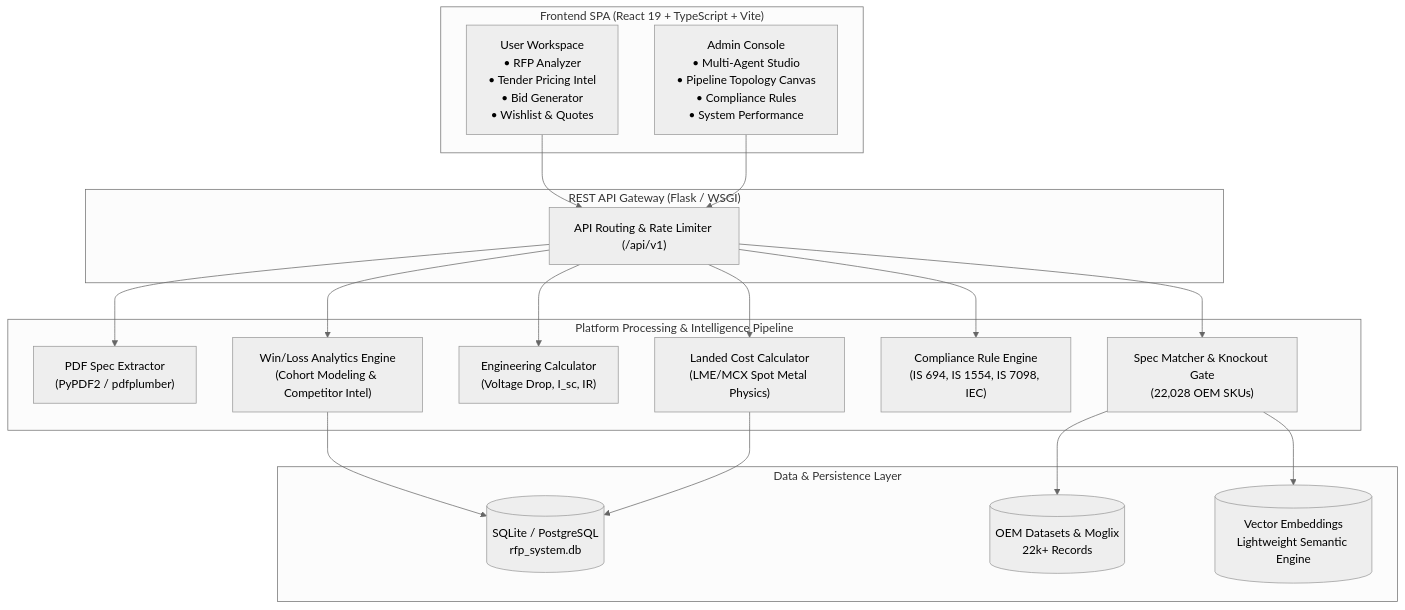
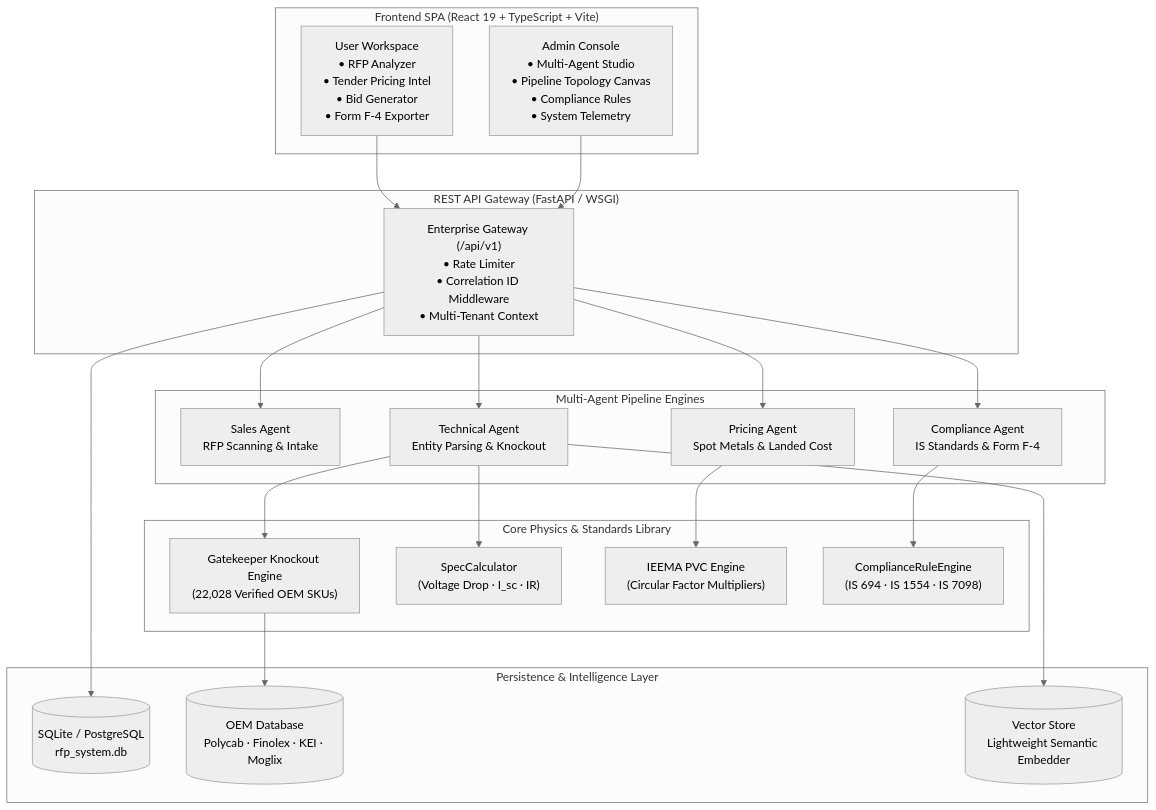
One commit to CodeWizardAn/rfp_haki changed the diagram in README.md. Above: the diagram before and after it, drawn with Mermaid (neutral theme). The commit also changed other lines of this file and 1 other file, not shown here.

Commit message:
style(docs): elevate README design to tier-1 standards inspired by BossConsole

````diff
--- a/README.md
+++ b/README.md
@@ -76,40 +147,41 @@
 ```mermaid
 flowchart TD
     subgraph Client["Frontend SPA (React 19 + TypeScript + Vite)"]
-        UI_User["User Workspace\n• RFP Analyzer\n• Tender Pricing Intel\n• Bid Generator\n• Wishlist & Quotes"]
-        UI_Admin["Admin Console\n• Multi-Agent Studio\n• Pipeline Topology Canvas\n• Compliance Rules\n• System Performance"]
+        UI_User["User Workspace\n• RFP Analyzer\n• Tender Pricing Intel\n• Bid Generator\n• Form F-4 Exporter"]
+        UI_Admin["Admin Console\n• Multi-Agent Studio\n• Pipeline Topology Canvas\n• Compliance Rules\n• System Telemetry"]
     end
 
-    subgraph API_Gateway["REST API Gateway (Flask / WSGI)"]
-        Router["API Routing & Rate Limiter (/api/v1)"]
+    subgraph Gateway["REST API Gateway (FastAPI / WSGI)"]
+        Router["Enterprise Gateway (/api/v1)\n• Rate Limiter\n• Correlation ID Middleware\n• Multi-Tenant Context"]
     end
 
-    subgraph Core_Engines["Platform Processing & Intelligence Pipeline"]
-        Extractor["PDF Spec Extractor\n(PyPDF2 / pdfplumber)"]
-        Matcher["Spec Matcher & Knockout Gate\n(22,028 OEM SKUs)"]
-        Calculator["Engineering Calculator\n(Voltage Drop, I_sc, IR)"]
-        Pricing["Landed Cost Calculator\n(LME/MCX Spot Metal Physics)"]
-        Compliance["Compliance Rule Engine\n(IS 694, IS 1554, IS 7098, IEC)"]
-        Analytics["Win/Loss Analytics Engine\n(Cohort Modeling & Competitor Intel)"]
+    subgraph Agents["Multi-Agent Pipeline Engines"]
+        Sales["Sales Agent\nRFP Scanning & Intake"]
+        Tech["Technical Agent\nEntity Parsing & Knockout"]
+        Pricing["Pricing Agent\nSpot Metals & Landed Cost"]
+        Comp["Compliance Agent\nIS Standards & Form F-4"]
     end
 
-    subgraph Data_Layer["Data & Persistence Layer"]
+    subgraph Physical_Engines["Core Physics & Standards Library"]
+        Knockout["Gatekeeper Knockout Engine\n(22,028 Verified OEM SKUs)"]
+        Formulas["SpecCalculator\n(Voltage Drop · I_sc · IR)"]
+        PVC["IEEMA PVC Engine\n(Circular Factor Multipliers)"]
+        Rules["ComplianceRuleEngine\n(IS 694 · IS 1554 · IS 7098)"]
+    end
+
+    subgraph Storage["Persistence & Intelligence Layer"]
         DB[(SQLite / PostgreSQL\nrfp_system.db)]
-        Catalog[(OEM Datasets & Moglix\n22k+ Records)]
-        Embeddings[(Vector Embeddings\nLightweight Semantic Engine)]
+        Catalog[(OEM Database\nPolycab · Finolex · KEI · Moglix)]
+        Embeddings[(Vector Store\nLightweight Semantic Embedder)]
     end
 
     UI_User --> Router
     UI_Admin --> Router
-    Router --> Extractor
-    Router --> Matcher
-    Router --> Calculator
-    Router --> Pricing
-    Router --> Compliance
-    Router --> Analytics
-
-    Matcher --> Catalog
-    Matcher --> Embeddings
-    Analytics --> DB
-    Pricing --> DB
+    Router --> Sales & Tech & Pricing & Comp
+    Tech --> Knockout & Formulas
+    Pricing --> PVC
+    Comp --> Rules
+    Knockout --> Catalog
+    Tech --> Embeddings
+    Router --> DB
 ```
````
